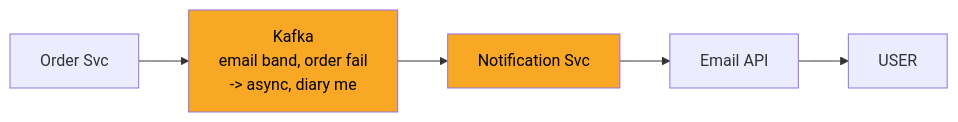
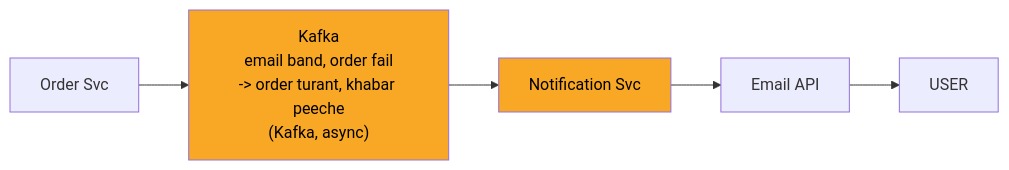
One commit to ArpanMaheshwari144/Prep changed the second of 13 diagrams in 04_HLD/SYSTEM_DESIGNS/04_notification_system/04_notification_system.md. Above: the diagram before and after it, drawn with Mermaid. The commit also changed other lines of this file and 13 other files, not shown here.

````diff
--- a/04_HLD/SYSTEM_DESIGNS/04_notification_system/04_notification_system.md
+++ b/04_HLD/SYSTEM_DESIGNS/04_notification_system/04_notification_system.md
@@ -103,14 +103,14 @@
 ```mermaid
 flowchart LR
     n_Order_Svc["Order Svc"]
-    n_Kafka["Kafka<br/>email band, order fail<br/>-> async, diary me"]
+    n_Kafka["Kafka<br/>email band, order fail<br/>-> order turant, khabar peeche<br/>(Kafka, async)"]
     n_Notification_Svc["Notification Svc"]
     n_Email_API["Email API"]
     n_USER["USER"]
     n_Order_Svc --> n_Kafka
     n_Kafka --> n_Notification_Svc
     n_Notification_Svc --> n_Email_API
     n_Email_API --> n_USER
     style n_Kafka fill:#f9a825,color:#000
     style n_Notification_Svc fill:#f9a825,color:#000
 ```
````
